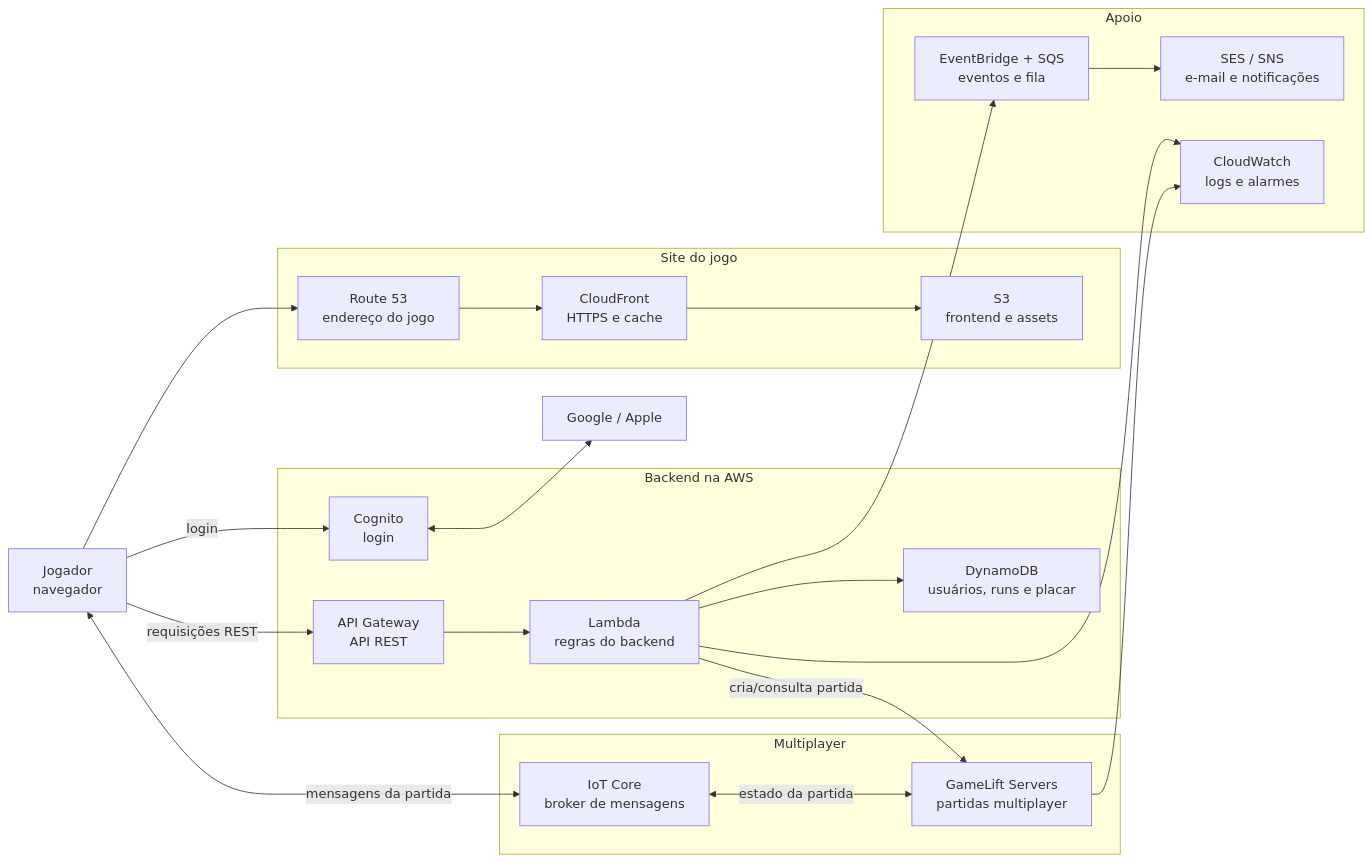
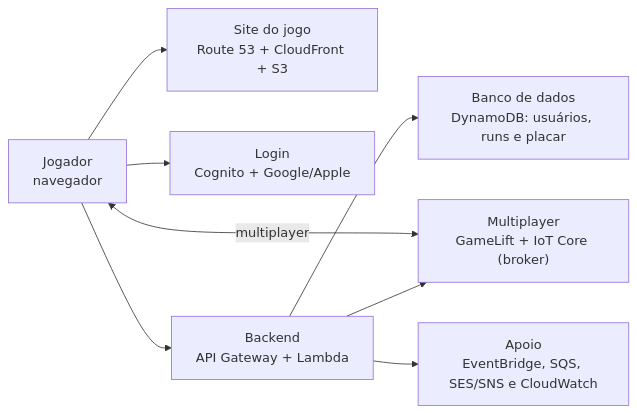
One commit to tes-victor-lucas/plataforma-c-escape-from-floripa changed the diagram in docs/diagrama-nuvem.md. Above: the diagram before and after it, drawn with Mermaid. The commit also changed other lines of this file, not shown here.

Commit message:
Diagrama arquitetura em nuvem.

````diff
--- a/docs/diagrama-nuvem.md
+++ b/docs/diagrama-nuvem.md
@@ -7,39 +7,18 @@
 ```mermaid
 flowchart LR
     J["Jogador<br/>navegador"]
-    LOGIN["Google / Apple"]
+    WEB["Site do jogo<br/>Route 53 + CloudFront + S3"]
+    LOGIN["Login<br/>Cognito + Google/Apple"]
+    BACK["Backend<br/>API Gateway + Lambda"]
+    DB["Banco de dados<br/>DynamoDB: usuários, runs e placar"]
+    MULTI["Multiplayer<br/>GameLift + IoT Core (broker)"]
+    SUPPORT["Apoio<br/>EventBridge, SQS, SES/SNS e CloudWatch"]
 
-    subgraph Web["Site do jogo"]
-        R53["Route 53<br/>endereço do jogo"]
-        CF["CloudFront<br/>HTTPS e cache"]
-        S3["S3<br/>frontend e assets"]
-    end
-
-    subgraph Backend["Backend na AWS"]
-        COG["Cognito<br/>login"]
-        API["API Gateway<br/>API REST"]
-        LAMBDA["Lambda<br/>regras do backend"]
-        DB["DynamoDB<br/>usuários, runs e placar"]
-    end
-
-    subgraph Multi["Multiplayer"]
-        IOT["IoT Core<br/>broker de mensagens"]
-        GL["GameLift Servers<br/>partidas multiplayer"]
-    end
-
-    subgraph Support["Apoio"]
-        EVENT["EventBridge + SQS<br/>eventos e fila"]
-        NOTIFY["SES / SNS<br/>e-mail e notificações"]
-        LOG["CloudWatch<br/>logs e alarmes"]
-    end
-
-    J --> R53 --> CF --> S3
-    J -->|"login"| COG
-    COG <--> LOGIN
-    J -->|"requisições REST"| API --> LAMBDA --> DB
-    J <-->|"mensagens da partida"| IOT <-->|"estado da partida"| GL
-    LAMBDA -->|"cria/consulta partida"| GL
-    LAMBDA --> EVENT --> NOTIFY
-    LAMBDA --> LOG
-    GL --> LOG
+    J --> WEB
+    J --> LOGIN
+    J --> BACK
+    BACK --> DB
+    J <-->|"multiplayer"| MULTI
+    BACK --> MULTI
+    BACK --> SUPPORT
 ```
````
